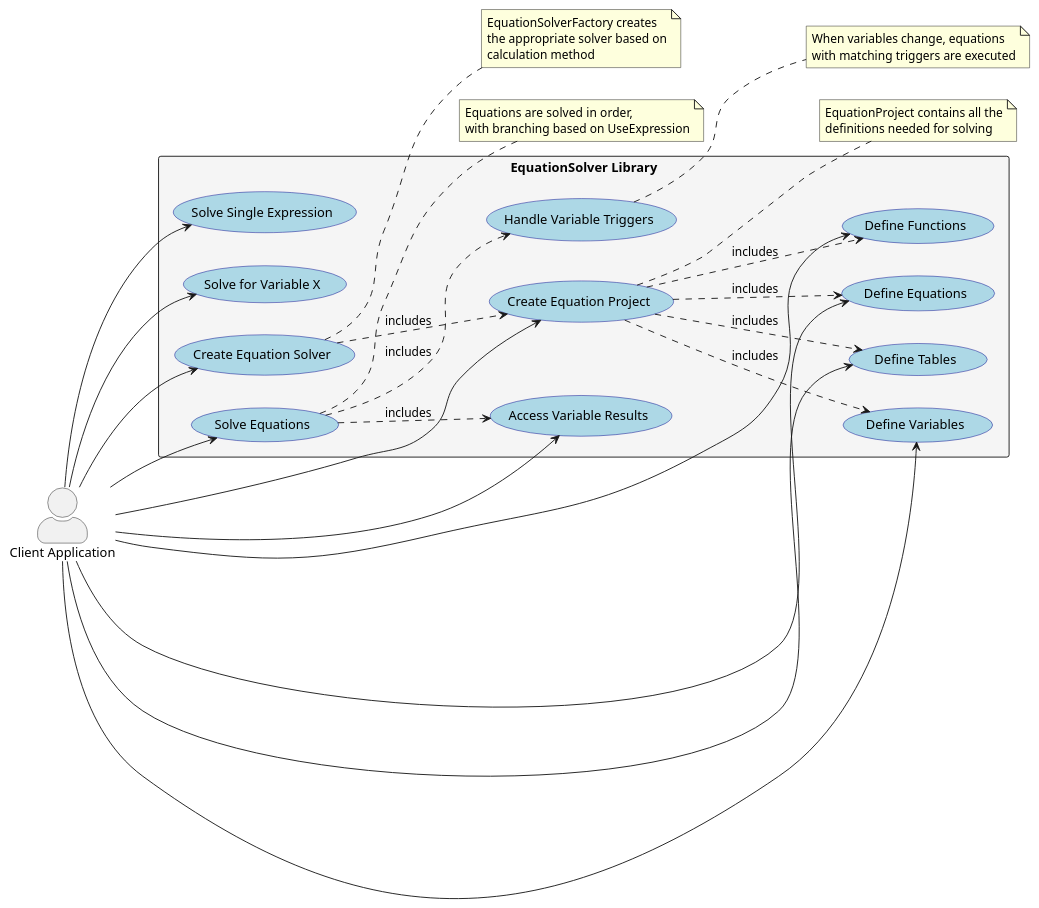
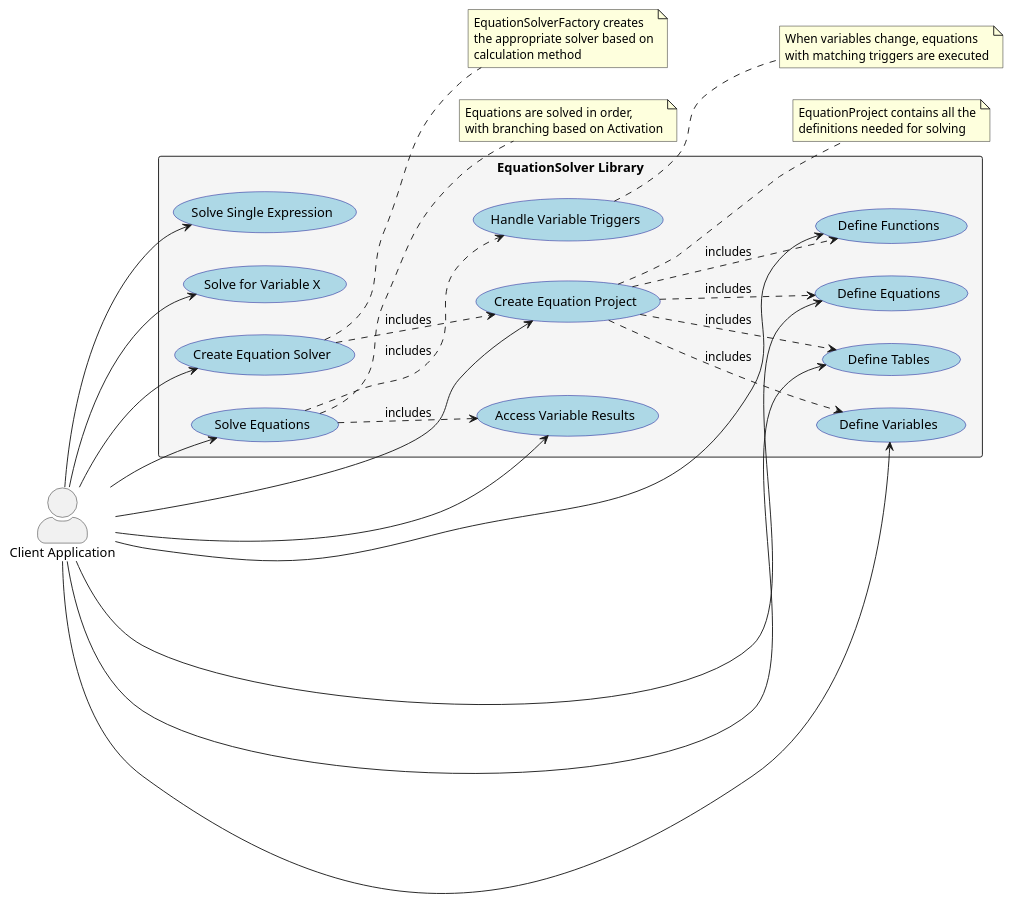
One commit to JeffBramlett/EquationSolvr changed the diagram in plantuml/use_case_diagram.puml. Above: the diagram before and after it, drawn with PlantUML. The commit also changed 8 other files, not shown here.

Commit message:
Update PlantUML diagrams: rename UseExpression to Activation and add new diagrams

```diff
--- a/plantuml/use_case_diagram.puml
+++ b/plantuml/use_case_diagram.puml
@@ -1,66 +1,66 @@
 @startuml EquationSolver Use Case Diagram
 
 skinparam actorStyle awesome
 skinparam usecaseBackgroundColor LightBlue
 skinparam usecaseBorderColor DarkBlue
 skinparam packageBackgroundColor WhiteSmoke
 
 left to right direction
 
 actor "Client Application" as Client
 
 rectangle "EquationSolver Library" {
   usecase "Create Equation Project" as UC1
   usecase "Define Variables" as UC2
   usecase "Define Equations" as UC3
   usecase "Define Functions" as UC4
   usecase "Define Tables" as UC5
   usecase "Create Equation Solver" as UC6
   usecase "Solve Equations" as UC7
   usecase "Access Variable Results" as UC8
   usecase "Handle Variable Triggers" as UC9
   usecase "Solve Single Expression" as UC10
   usecase "Solve for Variable X" as UC11
 }
 
 Client --> UC1
 Client --> UC2
 Client --> UC3
 Client --> UC4
 Client --> UC5
 Client --> UC6
 Client --> UC7
 Client --> UC8
 Client --> UC10
 Client --> UC11
 
 UC1 ..> UC2 : includes
 UC1 ..> UC3 : includes
 UC1 ..> UC4 : includes
 UC1 ..> UC5 : includes
 UC6 ..> UC1 : includes
 UC7 ..> UC9 : includes
 UC7 ..> UC8 : includes
 
 note right of UC1
   EquationProject contains all the
   definitions needed for solving
 end note
 
 note right of UC6
   EquationSolverFactory creates
   the appropriate solver based on
   calculation method
 end note
 
 note right of UC7
   Equations are solved in order,
-  with branching based on UseExpression
+  with branching based on Activation
 end note
 
 note right of UC9
   When variables change, equations
   with matching triggers are executed
 end note
 
 @enduml
```
